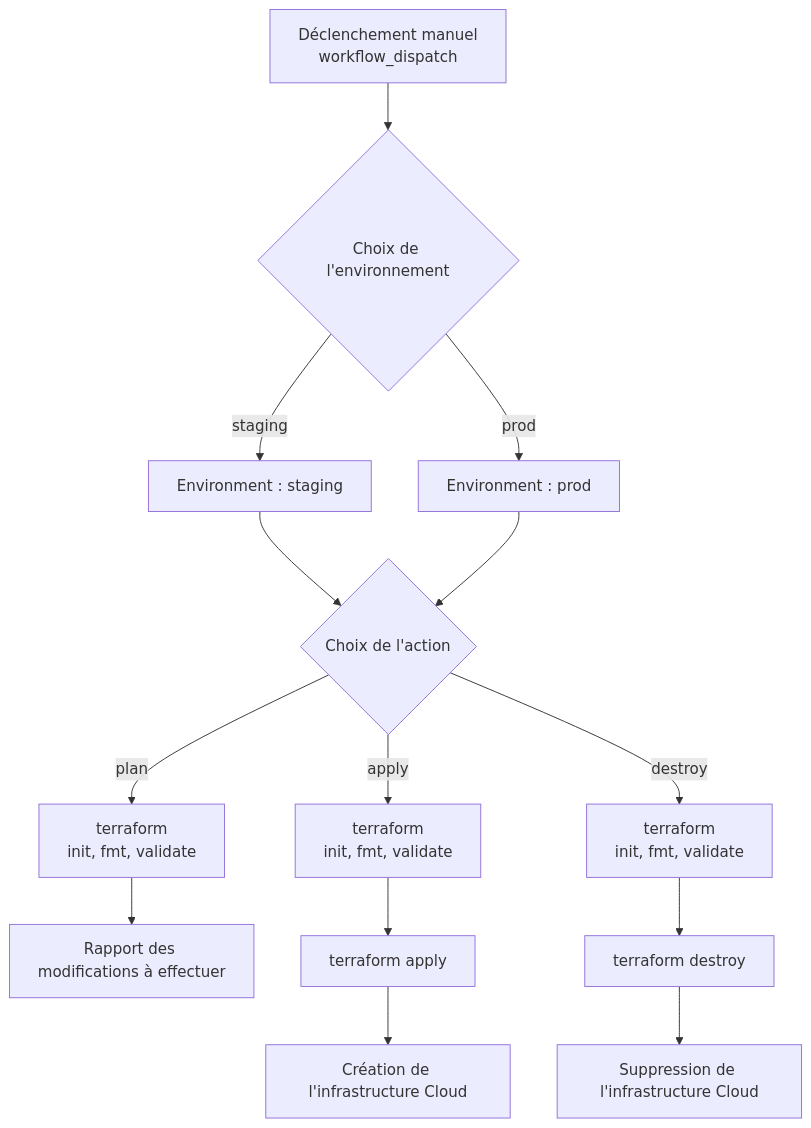
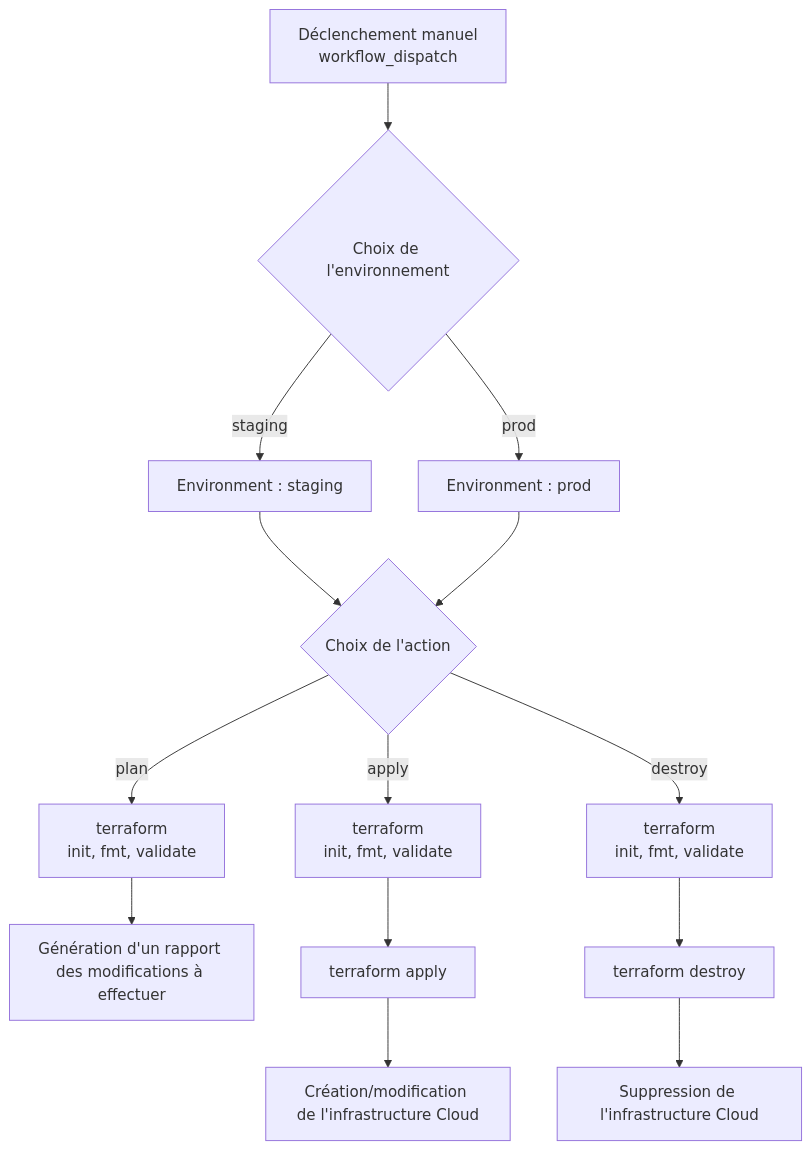
Before and after one commit to Project9-Organisation/Project9-Integration: the diagram in docs/pipeline-infra.md, drawn with Mermaid.

Commit message:
feat: Improve Readme

````diff
--- a/docs/pipeline-infra.md
+++ b/docs/pipeline-infra.md
@@ -28,26 +28,26 @@
 ```mermaid
 flowchart TD
 
     A[Déclenchement manuel<br/>workflow_dispatch]
 
     A --> B{Choix de l'environnement}
 
     B -->|staging| C[Environment : staging]
     B -->|prod| D[Environment : prod]
 
     C --> E{Choix de l'action}
     D --> E
 
     E -->|plan| F[terraform<br/>init, fmt, validate]
     E -->|apply| AA[terraform<br/>init, fmt, validate]
     E -->|destroy| DA[terraform<br/>init, fmt, validate]
     
-    F --> FA[Rapport des modifications à effectuer]
+    F --> FA[Génération d'un rapport des modifications à effectuer]
 
     AA --> AC[terraform apply]
-    AC --> AE[Création de l'infrastructure Cloud]
+    AC --> AE[Création/modification de l'infrastructure Cloud]
     
     DA --> DB[terraform destroy]    
     DB --> DC[Suppression de l'infrastructure Cloud]
     
 ```
````
